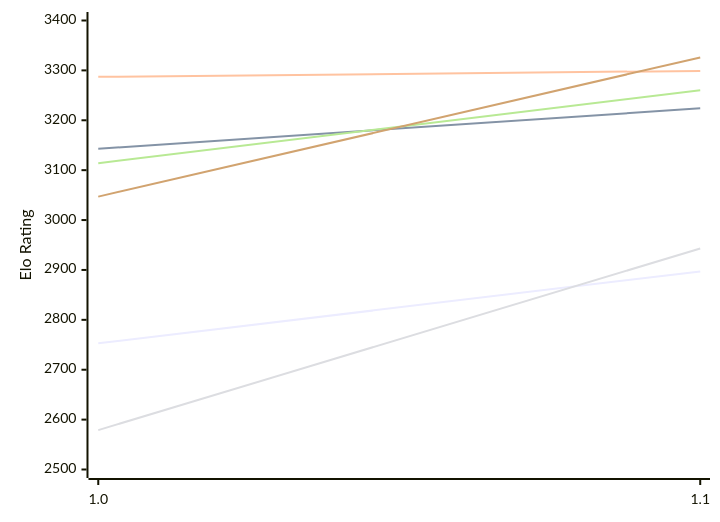
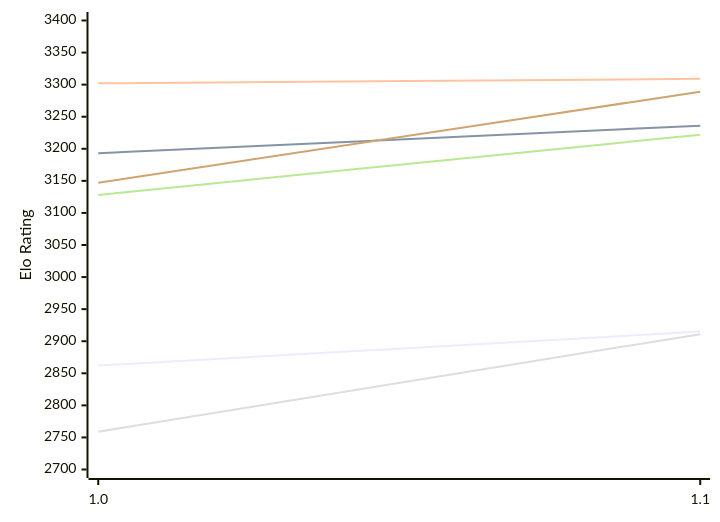
The first of 2 diagrams in engines/RodentV.md (computer-chess-index/cci), drawn with Mermaid before and after one commit. The commit also changed other lines of this file, not shown here.

Commit message:
Update CCI Ratings (ELO VLTC) - 2026-11-14

````diff
--- a/engines/RodentV.md
+++ b/engines/RodentV.md
@@ -50,12 +50,12 @@
 ```mermaid
 %%{init: {"theme":"base","themeVariables":{"seriesColors:['#a3a3a3','#222221','#faa371']}}}%%
 xychart-beta
   x-axis ["1.0", "1.1"]
-  y-axis "Elo Rating" 2500 --> 3400
-  line "E1: STC (8.0+0.08s)" [2753, 2897]
-  line "E1: LTC (60.0+0.60s)" [3143, 3224]
-  line "E1: VLTC (2m24s+1.12s)" [3287, 3299]
-  line "P1: STC (8.0+0.08s)" [2579, 2943]
-  line "P1: LTC (60.0+0.60s)" [3114, 3260]
-  line "P1: VLTC (2m24s+1.12s)" [3047, 3326]
+  y-axis "Elo Rating" 2700 --> 3400
+  line "E1: STC (8.0+0.08s)" [2862, 2915]
+  line "E1: LTC (60.0+0.60s)" [3193, 3236]
+  line "E1: VLTC (2m24s+1.12s)" [3302, 3309]
+  line "P1: STC (8.0+0.08s)" [2759, 2911]
+  line "P1: LTC (60.0+0.60s)" [3128, 3222]
+  line "P1: VLTC (2m24s+1.12s)" [3147, 3289]
 ```
````
